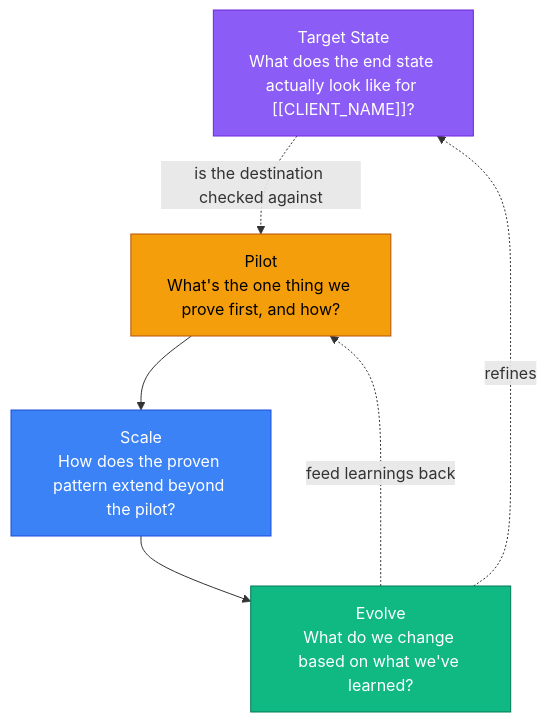
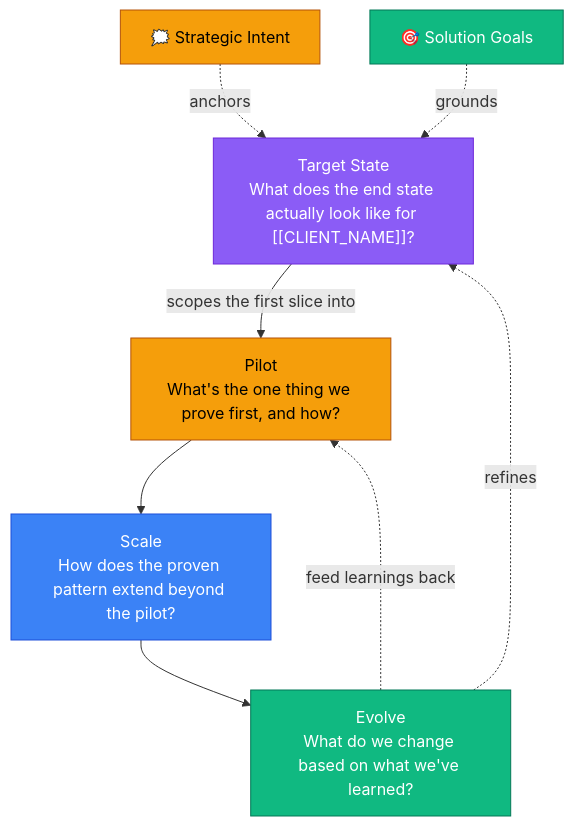
The diagram in docs/AI SDLC/05 Solution Space/01 Overview.md (DataArt/adlc-discovery-tool), drawn with Mermaid before and after one commit. The commit also changed other lines of this file and 31 other files, not shown here.

````diff
--- a/docs/AI SDLC/05 Solution Space/01 Overview.md
+++ b/docs/AI SDLC/05 Solution Space/01 Overview.md
@@ -16,22 +16,30 @@
 ```mermaid
 flowchart TB
+    IN["🗯️ Strategic Intent"]
+    GL["🎯 Solution Goals"]
     T["Target State\nWhat does the end state actually look like for [[CLIENT_NAME]]?"]
     F["Pilot\nWhat's the one thing we prove first, and how?"]
     SC["Scale\nHow does the proven pattern extend beyond the pilot?"]
     SU["Evolve\nWhat do we change based on what we've learned?"]
 
-    T -.->|"is the destination checked against"| F
+    IN -.->|"anchors"| T
+    GL -.->|"grounds"| T
+    T -->|"scopes the first slice into"| F
     F --> SC --> SU
     SU -.->|"feed learnings back"| F
     SU -.->|"refines"| T
 
+    classDef intent fill:#F59E0B,stroke:#B45309,color:#000
+    classDef goals fill:#10B981,stroke:#047857,color:#fff
     classDef target fill:#8B5CF6,stroke:#6D28D9,color:#fff
     classDef foundation fill:#F59E0B,stroke:#B45309,color:#000
     classDef scale fill:#3B82F6,stroke:#1D4ED8,color:#fff
     classDef sustain fill:#10B981,stroke:#047857,color:#fff
 
+    class IN intent
+    class GL goals
     class T target
     class F foundation
     class SC scale
     class SU sustain
 ```
````
